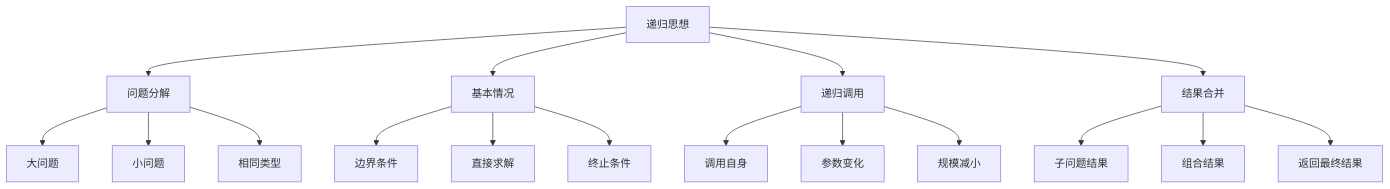
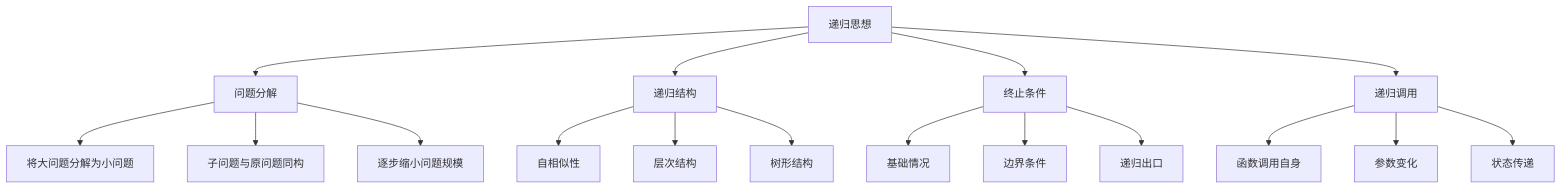
Before and after one commit to Anping2017/obsidian: the diagram in 计算机/编程基础/数据结构/01-理论根基/04-算法思想/01-递归思想.md, drawn with Mermaid. The commit also changed other lines of this file and 622 other files, not shown here.

````diff
--- a/计算机/编程基础/数据结构/01-理论根基/04-算法思想/01-递归思想.md
+++ b/计算机/编程基础/数据结构/01-理论根基/04-算法思想/01-递归思想.md
@@ -10,23 +9,23 @@
 ```mermaid
 graph TD
     A[递归思想] --> B[问题分解]
-    A --> C[基本情况]
-    A --> D[递归调用]
-    A --> E[结果合并]
+    A --> C[递归结构]
+    A --> D[终止条件]
+    A --> E[递归调用]
     
-    B --> B1[大问题]
-    B --> B2[小问题]
-    B --> B3[相同类型]
+    B --> B1[将大问题分解为小问题]
+    B --> B2[子问题与原问题同构]
+    B --> B3[逐步缩小问题规模]
     
-    C --> C1[边界条件]
-    C --> C2[直接求解]
-    C --> C3[终止条件]
+    C --> C1[自相似性]
+    C --> C2[层次结构]
+    C --> C3[树形结构]
     
-    D --> D1[调用自身]
-    D --> D2[参数变化]
-    D --> D3[规模减小]
+    D --> D1[基础情况]
+    D --> D2[边界条件]
+    D --> D3[递归出口]
     
-    E --> E1[子问题结果]
-    E --> E2[组合结果]
-    E --> E3[返回最终结果]
+    E --> E1[函数调用自身]
+    E --> E2[参数变化]
+    E --> E3[状态传递]
 ```
````
